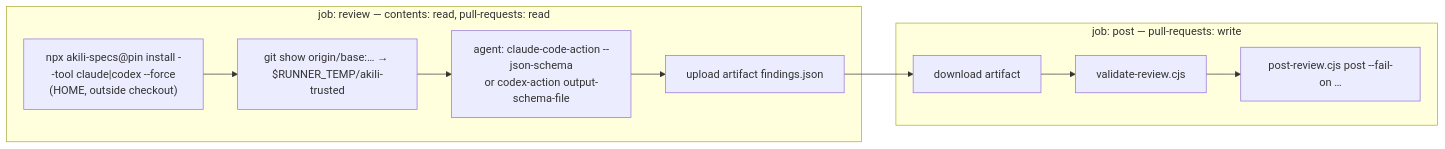
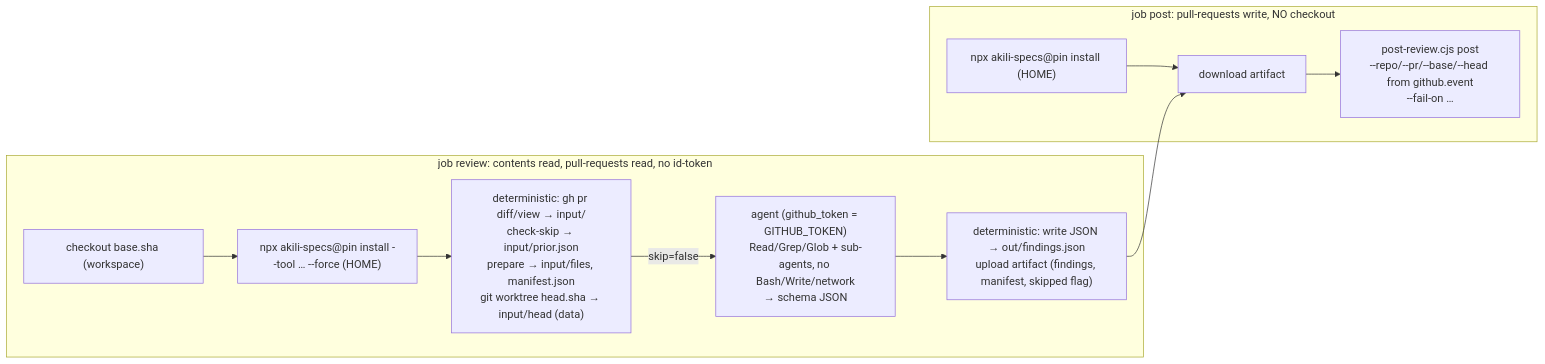
One commit to JuankCadavid/akili-specs changed the second of 2 diagrams in docs/specs/changes/akili-review/design.md. Above: the diagram before and after it, drawn with Mermaid. The commit also changed other lines of this file and 1 other file, not shown here.

Commit message:
[SPEC:changes/akili-review] judgment-day round-1 correction (W-1..W-5): base-SHA agent, no-checkout post job, script-owned skip/fingerprint/reconcile, strict schema, counts

````diff
--- a/docs/specs/changes/akili-review/design.md
+++ b/docs/specs/changes/akili-review/design.md
@@ -47,12 +62,13 @@
 ```mermaid
 flowchart LR
-  subgraph review["job: review — contents: read, pull-requests: read"]
-    I["npx akili-specs@pin install --tool claude|codex --force<br/>(HOME, outside checkout)"] --> T["git show origin/base:… → $RUNNER_TEMP/akili-trusted"]
-    T --> A["agent: claude-code-action --json-schema<br/>or codex-action output-schema-file"]
-    A --> ART["upload artifact findings.json"]
+  subgraph review["job review: contents read, pull-requests read, no id-token"]
+    C["checkout base.sha (workspace)"] --> I["npx akili-specs@pin install --tool … --force (HOME)"]
+    I --> IN["deterministic: gh pr diff/view → input/<br/>check-skip → input/prior.json<br/>prepare → input/files, manifest.json<br/>git worktree head.sha → input/head (data)"]
+    IN -->|skip=false| A["agent (github_token = GITHUB_TOKEN)<br/>Read/Grep/Glob + sub-agents, no Bash/Write/network<br/>→ schema JSON"]
+    A --> W["deterministic: write JSON → out/findings.json<br/>upload artifact (findings, manifest, skipped flag)"]
   end
-  subgraph post["job: post — pull-requests: write"]
-    D["download artifact"] --> V2["validate-review.cjs"] --> P2["post-review.cjs post --fail-on …"]
+  subgraph post["job post: pull-requests write, NO checkout"]
+    I2["npx akili-specs@pin install (HOME)"] --> D["download artifact"] --> P2["post-review.cjs post<br/>--repo/--pr/--base/--head from github.event<br/>--fail-on …"]
   end
-  ART --> D
+  W --> D
 ```
````
